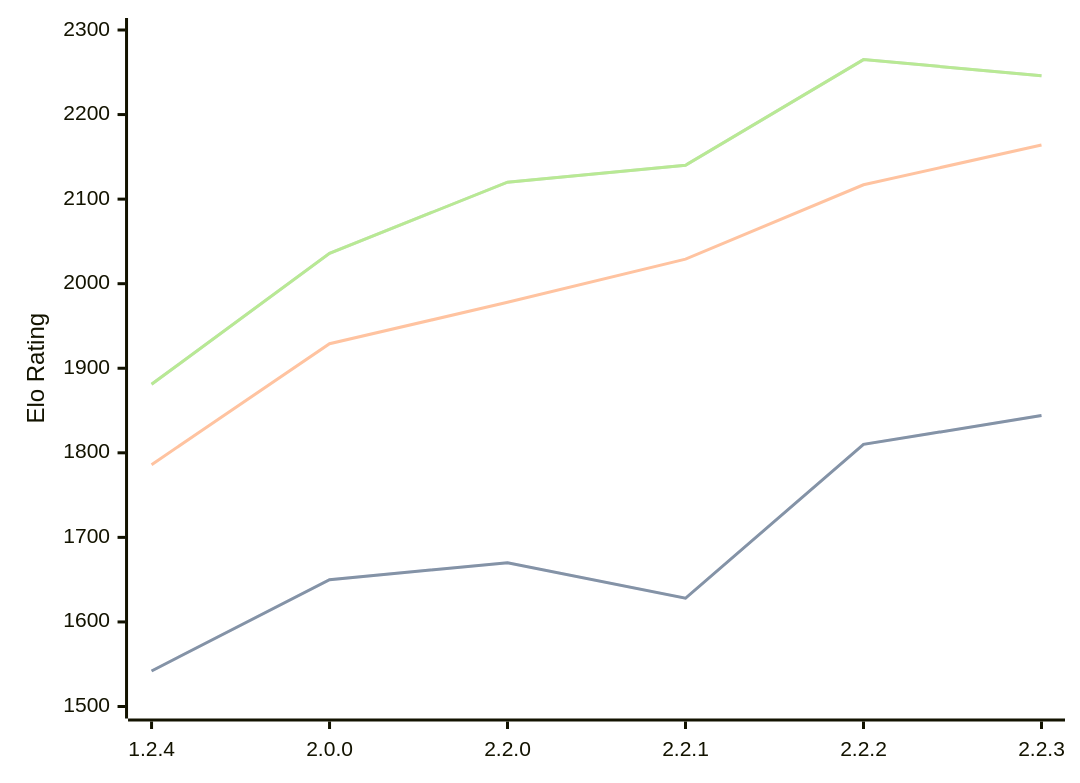
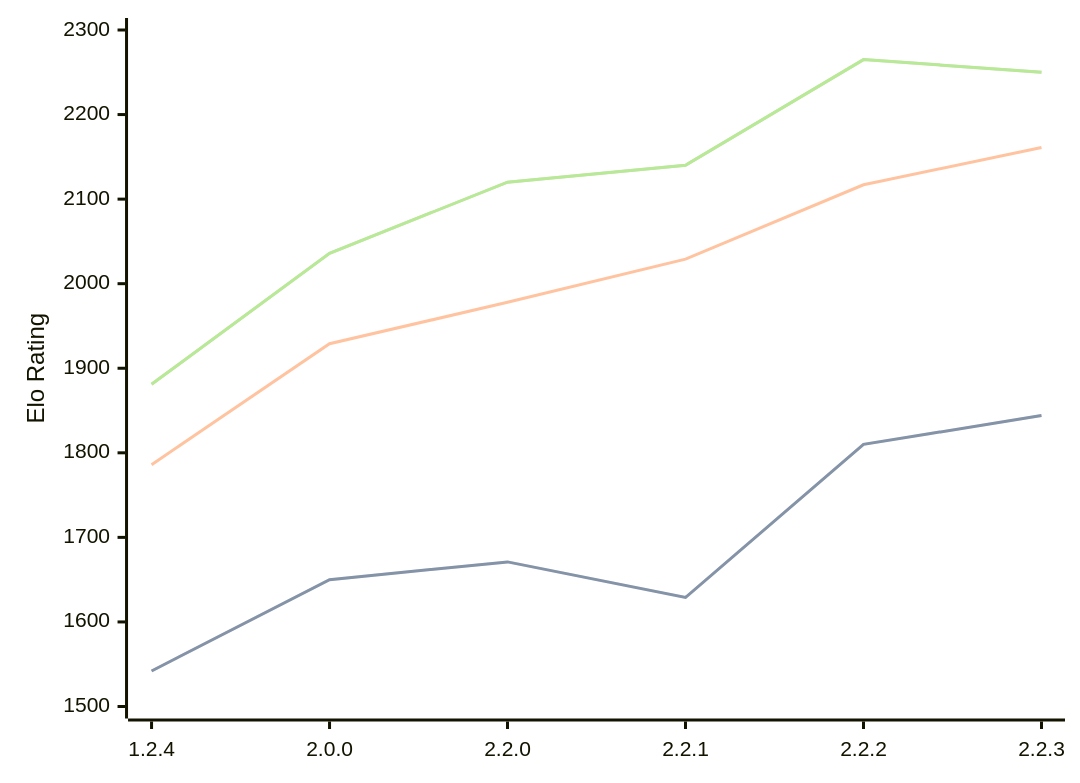
The diagram in engines/Kreveta.md (computer-chess-index/cci), drawn with Mermaid before and after one commit. The commit also changed other lines of this file, not shown here.

Commit message:
Update CCI Ratings (ELO VLTC) - 2026-02-21

````diff
--- a/engines/Kreveta.md
+++ b/engines/Kreveta.md
@@ -36,11 +36,11 @@
 ```mermaid
 %%{init: {"theme":"base","themeVariables":{"seriesColors:['#a3a3a3','#222221','#faa371']}}}%%
 xychart-beta
   x-axis ["1.2.4", "2.0.0", "2.2.0", "2.2.1", "2.2.2", "2.2.3"]
   y-axis "Elo Rating" 1500 --> 2300
-  line "STC (8.0+0.08s)" [1542, 1650, 1670, 1628, 1810, 1844]
-  line "STC (8.0+0.08s)" [1542, 1650, 1670, 1628, 1810, 1844]
-  line "LTC (60.0+0.60s)" [1786, 1929, 1978, 2029, 2117, 2164]
-  line "VLTC (2m24s+1.12s)" [1881, 2036, 2120, 2140, 2265, 2246]
-  line "VLTC (2m24s+1.12s)" [1881, 2036, 2120, 2140, 2265, 2246]
+  line "STC (8.0+0.08s)" [1542, 1650, 1671, 1629, 1810, 1844]
+  line "STC (8.0+0.08s)" [1542, 1650, 1671, 1629, 1810, 1844]
+  line "LTC (60.0+0.60s)" [1786, 1929, 1978, 2029, 2117, 2161]
+  line "VLTC (2m24s+1.12s)" [1881, 2036, 2120, 2140, 2265, 2250]
+  line "VLTC (2m24s+1.12s)" [1881, 2036, 2120, 2140, 2265, 2250]
 ```
````
